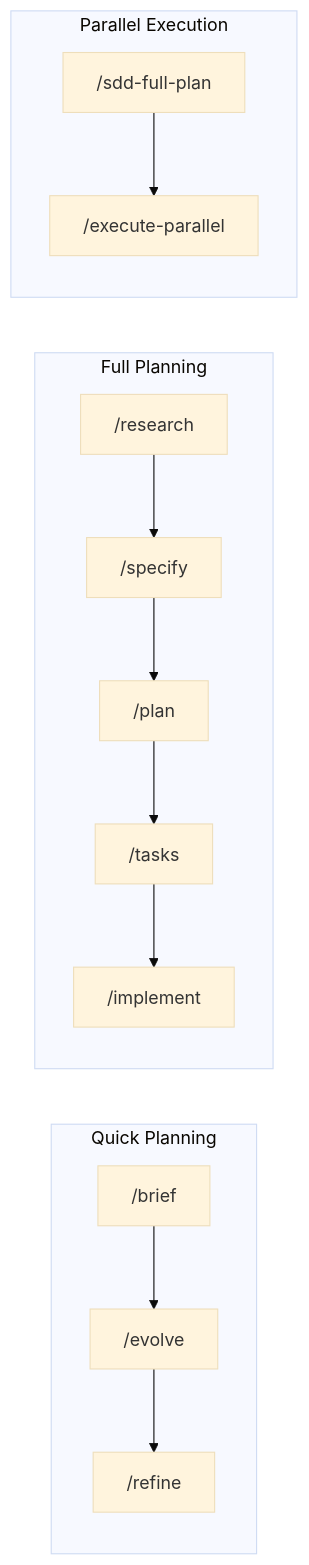
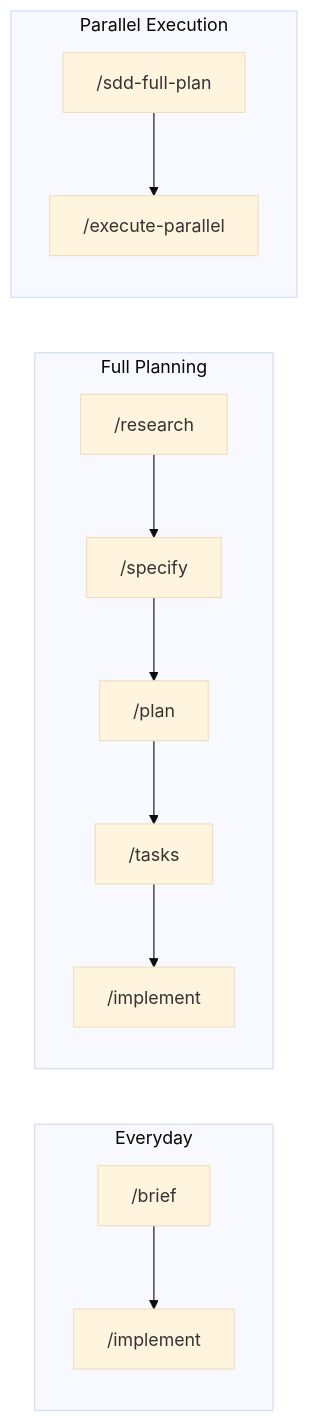
Before and after one commit to Acetyld/spec-kit-command-cursor: the first of 2 diagrams in README-technical.md, drawn with Mermaid (base theme). The commit also changed other lines of this file and 67 other files, not shown here.

````diff
--- a/README-technical.md
+++ b/README-technical.md
@@ -157,13 +158,12 @@
 ```mermaid
 flowchart LR
-    subgraph quick [Quick Planning]
-        A["/brief"] --> B["/evolve"]
-        B --> C["/refine"]
+    subgraph quick [Everyday]
+        A["/brief"] --> B["/implement"]
     end
     subgraph full [Full Planning]
         D["/research"] --> E["/specify"] --> F["/plan"] --> G["/tasks"] --> H["/implement"]
     end
     subgraph parallel [Parallel Execution]
         I["/sdd-full-plan"] --> J["/execute-parallel"]
     end
 ```
````
